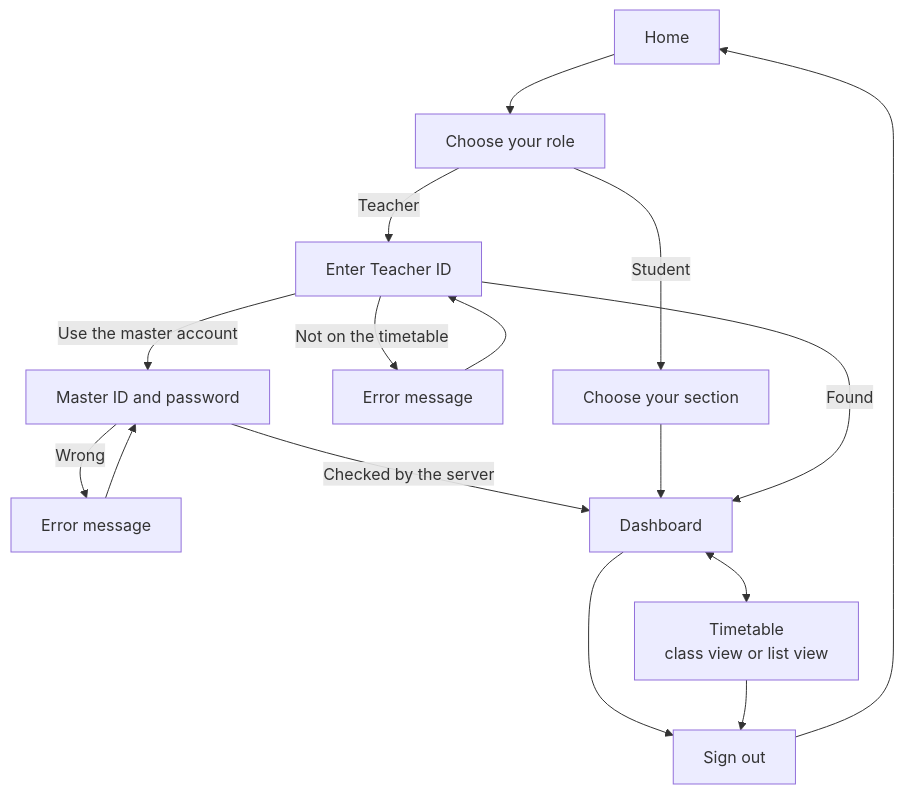
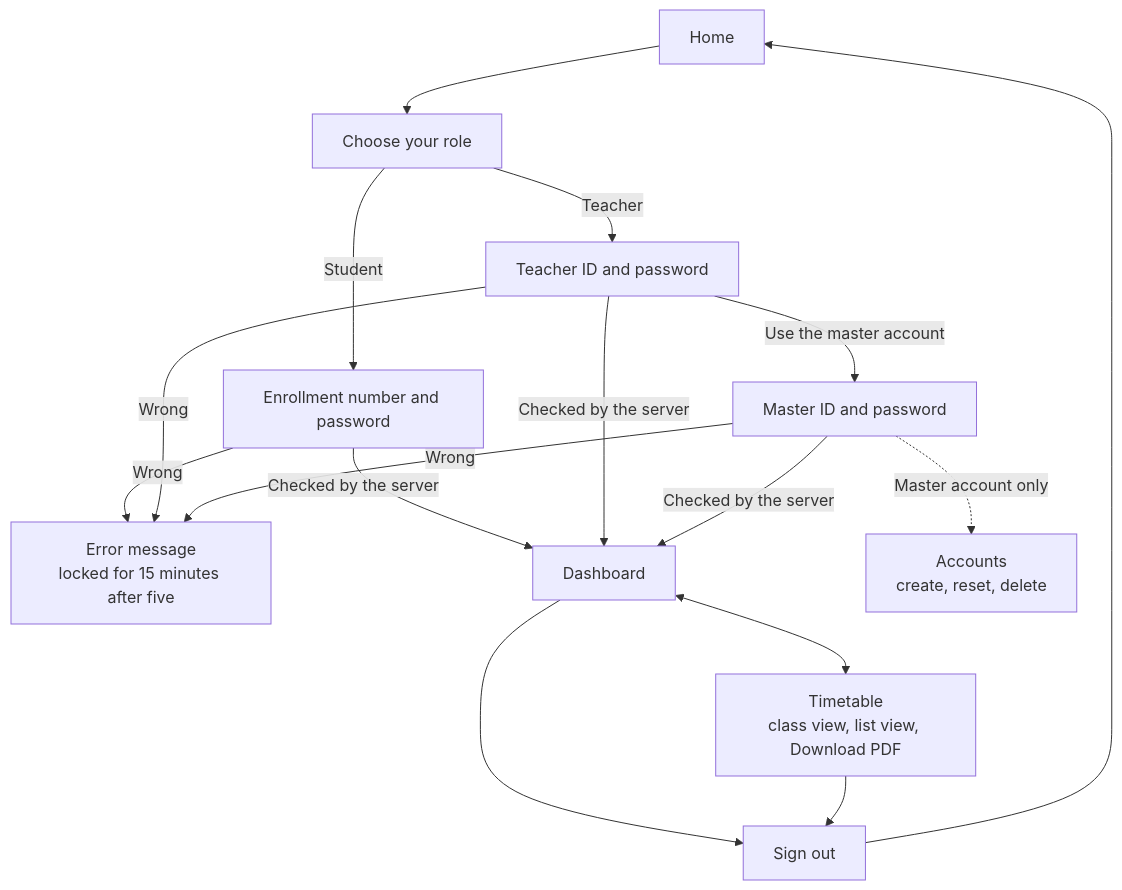
One commit to maroofkhan000/IntelliSched_Ai_Timetable_View changed the third of 3 diagrams in FLOW.md. Above: the diagram before and after it, drawn with Mermaid. The commit also changed other lines of this file and 18 other files, not shown here.

First line of the commit message:
Add password sign-in for students and teachers, and account management

````diff
--- a/FLOW.md
+++ b/FLOW.md
@@ -54,15 +54,13 @@
 ```mermaid
 flowchart TD
     H[Home] --> R[Choose your role]
-    R -->|Student| S[Choose your section]
-    R -->|Teacher| T[Enter Teacher ID]
-    T -->|Not on the timetable| E[Error message] --> T
+    R -->|Student| S[Enrollment number and password]
+    R -->|Teacher| T[Teacher ID and password]
     T -->|Use the master account| M[Master ID and password]
-    M -->|Wrong| ME[Error message] --> M
-    M -->|Checked by the server| Dash
-    S --> Dash[Dashboard]
-    T -->|Found| Dash
-    Dash <--> TT[Timetable<br/>class view or list view]
+    S & T & M -->|Wrong| E[Error message<br/>locked for 15 minutes after five]
+    S & T & M -->|Checked by the server| Dash[Dashboard]
+    Dash <--> TT[Timetable<br/>class view, list view, Download PDF]
     Dash --> Out[Sign out] --> H
     TT --> Out
+    M -.->|Master account only| Acc[Accounts<br/>create, reset, delete]
 ```
````
